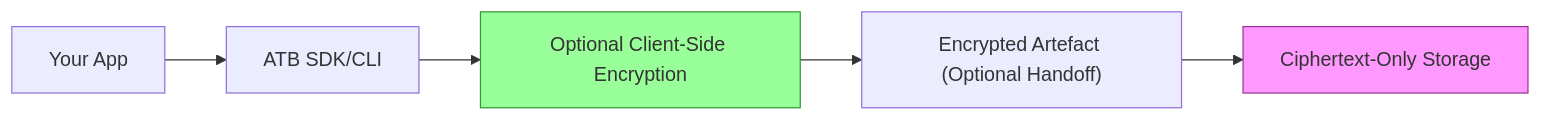
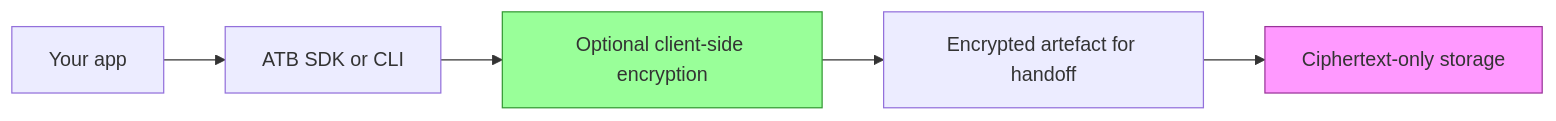
One commit to pcguest/atb changed the diagram in docs/security.md. Above: the diagram before and after it, drawn with Mermaid. The commit also changed other lines of this file, not shown here.

````diff
--- a/docs/security.md
+++ b/docs/security.md
@@ -66,9 +125,9 @@
 ```mermaid
 graph LR
-    A["Your App"] --> B["ATB SDK/CLI"]
-    B --> C["Optional Client-Side Encryption"]
-    C --> D["Encrypted Artefact (Optional Handoff)"]
-    D --> E["Ciphertext-Only Storage"]
+    A["Your app"] --> B["ATB SDK or CLI"]
+    B --> C["Optional client-side encryption"]
+    C --> D["Encrypted artefact for handoff"]
+    D --> E["Ciphertext-only storage"]
     style C fill:#9f9,stroke:#393
     style E fill:#f9f,stroke:#939
 ```
````
